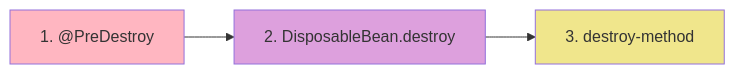
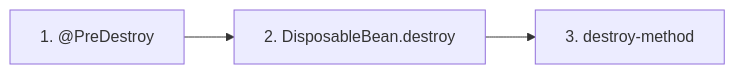
Diagram 13 of 19 in Java/源码/spring源码/第3章_Spring_Bean_详解.md (dd-xiaozhi/study-notes), drawn with Mermaid before and after one commit. The commit also changed other lines of this file and 19 other files, not shown here.

````diff
--- a/Java/源码/spring源码/第3章_Spring_Bean_详解.md
+++ b/Java/源码/spring源码/第3章_Spring_Bean_详解.md
@@ -854,9 +850,5 @@
 ```mermaid
 flowchart LR
     A[1. @PreDestroy] --> B[2. DisposableBean.destroy]
     B --> C[3. destroy-method]
-    
-    style A fill:#FFB6C1
-    style B fill:#DDA0DD
-    style C fill:#F0E68C
 ```
````
